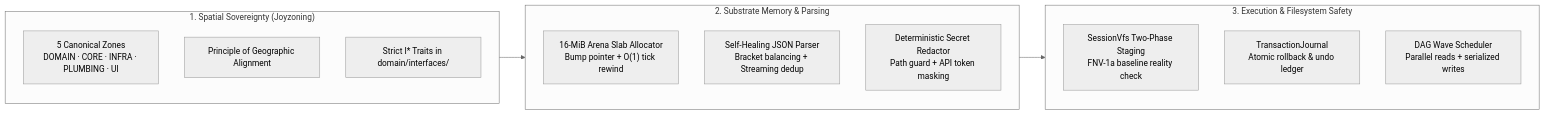
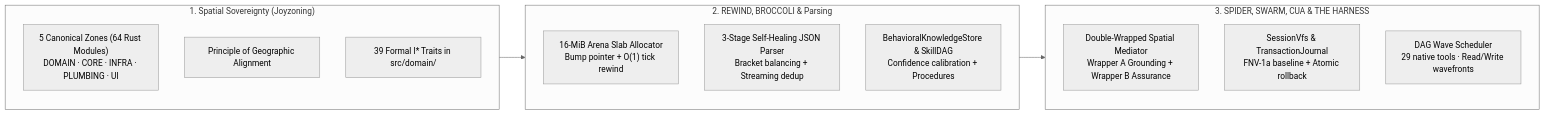
Before and after one commit to CardSorting/HEAV3NS-MICRO: the diagram in docs/wiki/README.md, drawn with Mermaid (neutral theme). The commit also changed other lines of this file and 116 other files, not shown here.

````diff
--- a/docs/wiki/README.md
+++ b/docs/wiki/README.md
@@ -20,22 +22,22 @@
 ```mermaid
 flowchart LR
   subgraph S1 ["1. Spatial Sovereignty (Joyzoning)"]
-    Z["5 Canonical Zones<br/>DOMAIN · CORE · INFRA · PLUMBING · UI"]
+    Z["5 Canonical Zones (64 Rust Modules)<br/>DOMAIN · CORE · INFRA · PLUMBING · UI"]
     P["Principle of Geographic Alignment"]
-    C["Strict I* Traits in domain/interfaces/"]
+    C["39 Formal I* Traits in src/domain/"]
   end
 
-  subgraph S2 ["2. Substrate Memory & Parsing"]
+  subgraph S2 ["2. REWIND, BROCCOLI & Parsing"]
     A["16-MiB Arena Slab Allocator<br/>Bump pointer + O(1) tick rewind"]
-    J["Self-Healing JSON Parser<br/>Bracket balancing + Streaming dedup"]
-    R["Deterministic Secret Redactor<br/>Path guard + API token masking"]
+    J["3-Stage Self-Healing JSON Parser<br/>Bracket balancing + Streaming dedup"]
+    B["BehavioralKnowledgeStore & SkillDAG<br/>Confidence calibration + Procedures"]
   end
 
-  subgraph S3 ["3. Execution & Filesystem Safety"]
-    V["SessionVfs Two-Phase Staging<br/>FNV-1a baseline reality check"]
-    T["TransactionJournal<br/>Atomic rollback & undo ledger"]
-    W["DAG Wave Scheduler<br/>Parallel reads + serialized writes"]
+  subgraph S3 ["3. SPIDER, SWARM, CUA & THE HARNESS"]
+    M["Double-Wrapped Spatial Mediator<br/>Wrapper A Grounding + Wrapper B Assurance"]
+    V["SessionVfs & TransactionJournal<br/>FNV-1a baseline + Atomic rollback"]
+    W["DAG Wave Scheduler<br/>29 native tools · Read/Write wavefronts"]
   end
 
   S1 --> S2 --> S3
 ```
````
